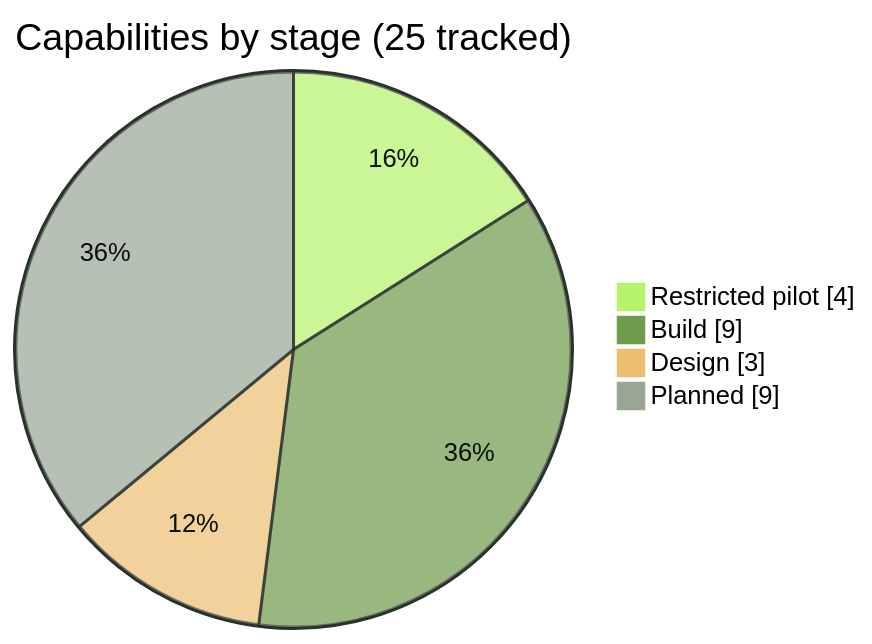
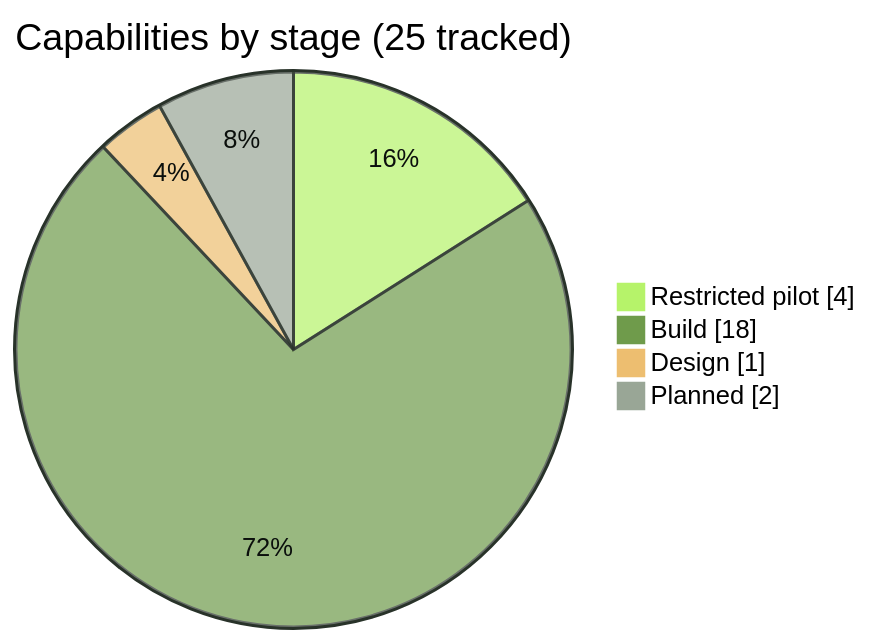
Before and after one commit to pboachie/zrotext: the first of 4 diagrams in docs/ROADMAP.md, drawn with Mermaid. The commit also changed other lines of this file and 6 other files, not shown here.

Commit message:
Align public roadmap with merged messaging and workflow groundwork

````diff
--- a/docs/ROADMAP.md
+++ b/docs/ROADMAP.md
@@ -43,9 +43,9 @@
 ```mermaid
 %%{init: {"themeVariables": {"pie1": "#b6f36a", "pie2": "#6f9b4b", "pie3": "#edbe70", "pie4": "#99a696", "pieSectionTextColor": "#0b0f0c", "pieStrokeColor": "#29332a", "pieOuterStrokeColor": "#29332a"}}}%%
 pie showData
     title Capabilities by stage (25 tracked)
     "Restricted pilot" : 4
-    "Build" : 9
-    "Design" : 3
-    "Planned" : 9
+    "Build" : 18
+    "Design" : 1
+    "Planned" : 2
 ```
````
